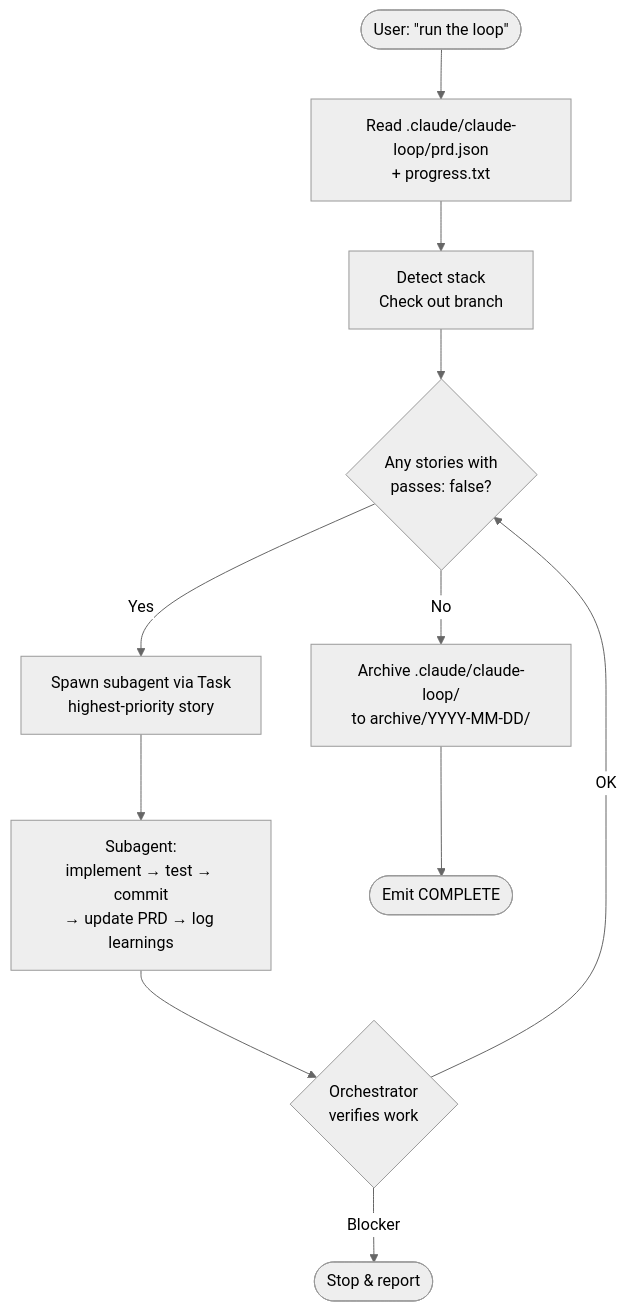
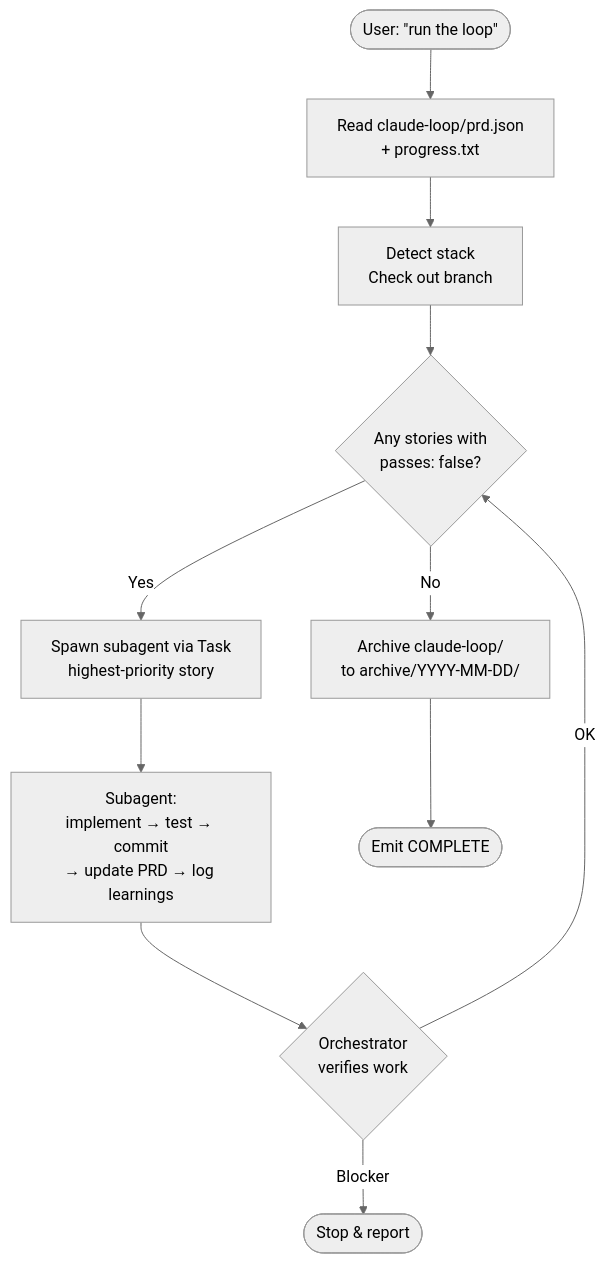
Before and after one commit to aronprins/claude-loop: the diagram in README.md, drawn with Mermaid (neutral theme). The commit also changed other lines of this file and 2 other files, not shown here.

First line of the commit message:
Move runtime state from .claude/claude-loop/ to repo-root claude-loop/

````diff
--- a/README.md
+++ b/README.md
@@ -57,13 +57,13 @@
 ```mermaid
 flowchart TD
-    Start([User: &quot;run the loop&quot;]) --> Read[Read .claude/claude-loop/prd.json<br/>+ progress.txt]
+    Start([User: &quot;run the loop&quot;]) --> Read[Read claude-loop/prd.json<br/>+ progress.txt]
     Read --> Setup[Detect stack<br/>Check out branch]
     Setup --> Check{Any stories with<br/>passes: false?}
     Check -->|Yes| Spawn[Spawn subagent via Task<br/>highest-priority story]
     Spawn --> Work[Subagent:<br/>implement → test → commit<br/>→ update PRD → log learnings]
     Work --> Verify{Orchestrator<br/>verifies work}
     Verify -->|OK| Check
     Verify -->|Blocker| Stop([Stop & report])
-    Check -->|No| Archive[Archive .claude/claude-loop/<br/>to archive/YYYY-MM-DD/]
+    Check -->|No| Archive[Archive claude-loop/<br/>to archive/YYYY-MM-DD/]
     Archive --> Done([Emit COMPLETE])
 ```
````
